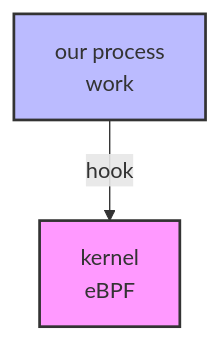
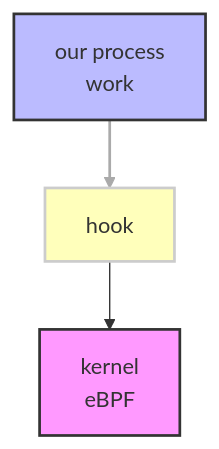
Before and after one commit to hannahkm/fosdem-2026: the second of 4 diagrams in presentation.md, drawn with Mermaid. The commit also changed other lines of this file, not shown here.

Commit message:
edit mermaids

````diff
--- a/presentation.md
+++ b/presentation.md
@@ -433,10 +436,13 @@
 ```mermaid
 graph TB
     kernel[kernel<br/>eBPF]
     process[our process<br/>work]
+    hook[hook]
 
-    process -->|hook| kernel
+    process --> hook --> kernel
 
     style kernel fill:#f9f,stroke:#333,stroke-width:2px
+    style hook fill:#ffb,stroke:#ccc,stroke-width:2px
     style process fill:#bbf,stroke:#333,stroke-width:2px
+    linkStyle 0 stroke:#aaa,stroke-width:2px
 ```
````
